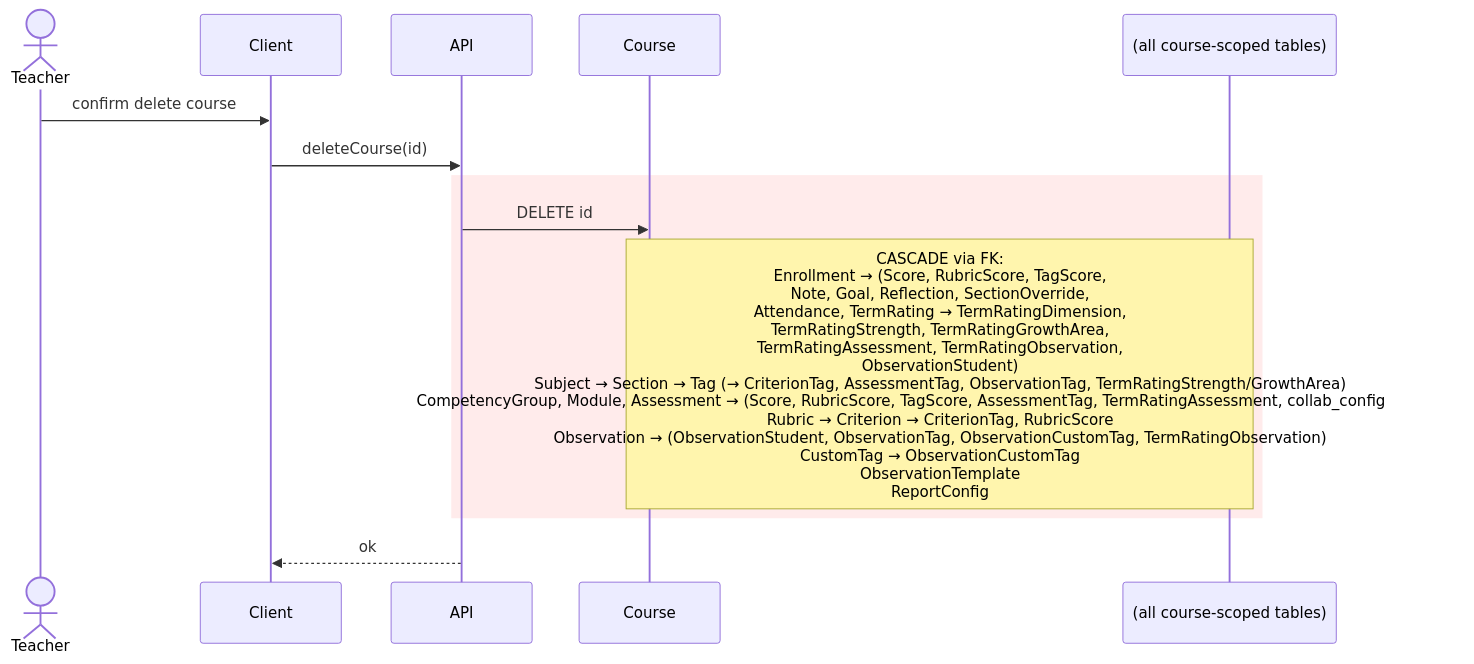
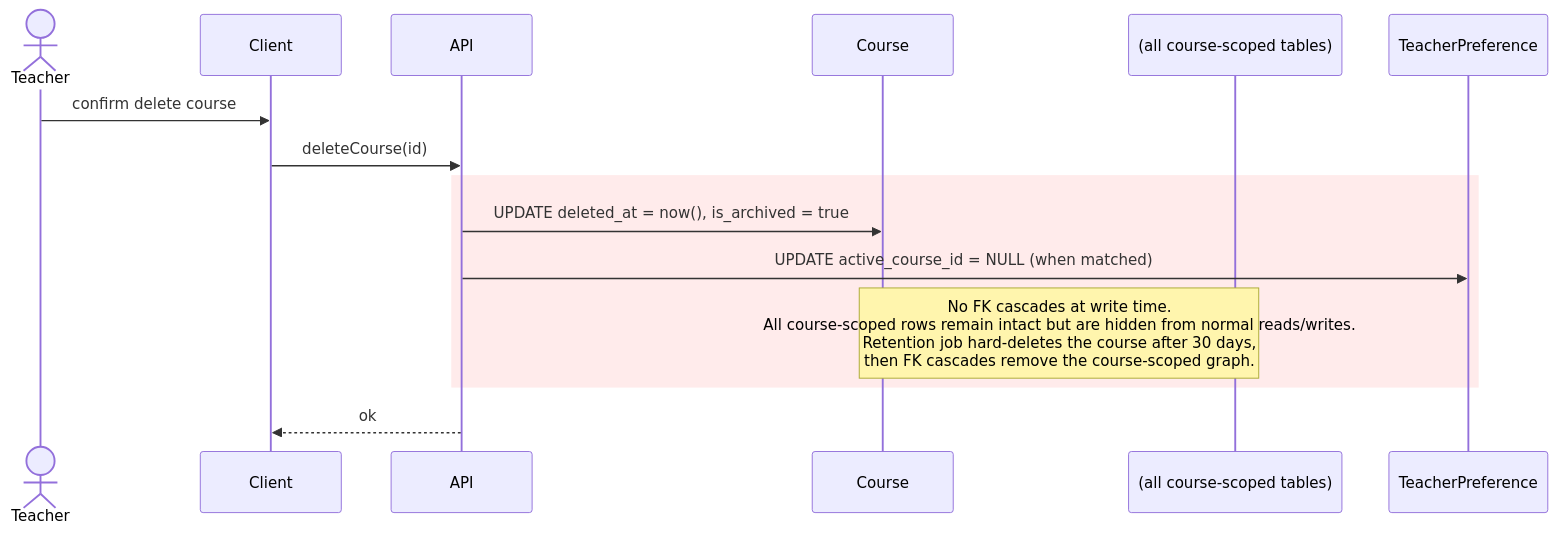
One commit to MrBrown85/FullVision changed the seventh of 51 diagrams in docs/backend-design/write-paths.md. Above: the diagram before and after it, drawn with Mermaid. The commit also changed other lines of this file and 10 other files, not shown here.

Commit message:
P2.3: model course soft-delete in repo (#87)

````diff
--- a/docs/backend-design/write-paths.md
+++ b/docs/backend-design/write-paths.md
@@ -215,16 +215,17 @@
 ```mermaid
 sequenceDiagram
     actor Teacher
     participant Client
     participant API
     participant Course
     participant DB as (all course-scoped tables)
 
     Teacher->>Client: confirm delete course
     Client->>API: deleteCourse(id)
     rect rgb(255, 235, 235)
-    API->>Course: DELETE id
-    Note over Course,DB: CASCADE via FK:<br/>Enrollment → (Score, RubricScore, TagScore,<br/>Note, Goal, Reflection, SectionOverride,<br/>Attendance, TermRating → TermRatingDimension,<br/>TermRatingStrength, TermRatingGrowthArea,<br/>TermRatingAssessment, TermRatingObservation,<br/>ObservationStudent)<br/>Subject → Section → Tag (→ CriterionTag, AssessmentTag, ObservationTag, TermRatingStrength/GrowthArea)<br/>CompetencyGroup, Module, Assessment → (Score, RubricScore, TagScore, AssessmentTag, TermRatingAssessment, collab_config is on row)<br/>Rubric → Criterion → CriterionTag, RubricScore<br/>Observation → (ObservationStudent, ObservationTag, ObservationCustomTag, TermRatingObservation)<br/>CustomTag → ObservationCustomTag<br/>ObservationTemplate<br/>ReportConfig
+    API->>Course: UPDATE deleted_at = now(), is_archived = true
+    API->>TeacherPreference: UPDATE active_course_id = NULL (when matched)
+    Note over Course,DB: No FK cascades at write time.<br/>All course-scoped rows remain intact but are hidden from normal reads/writes.<br/>Retention job hard-deletes the course after 30 days,<br/>then FK cascades remove the course-scoped graph.
     end
     API-->>Client: ok
 ```
````
